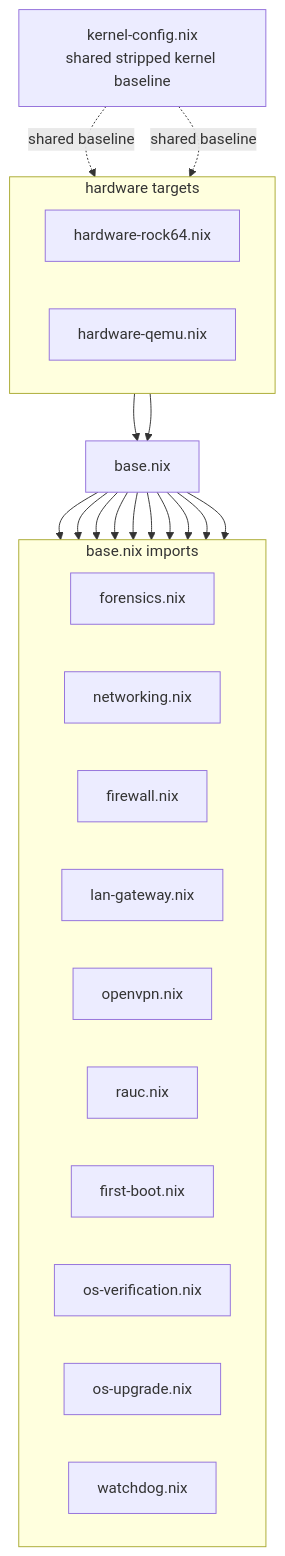
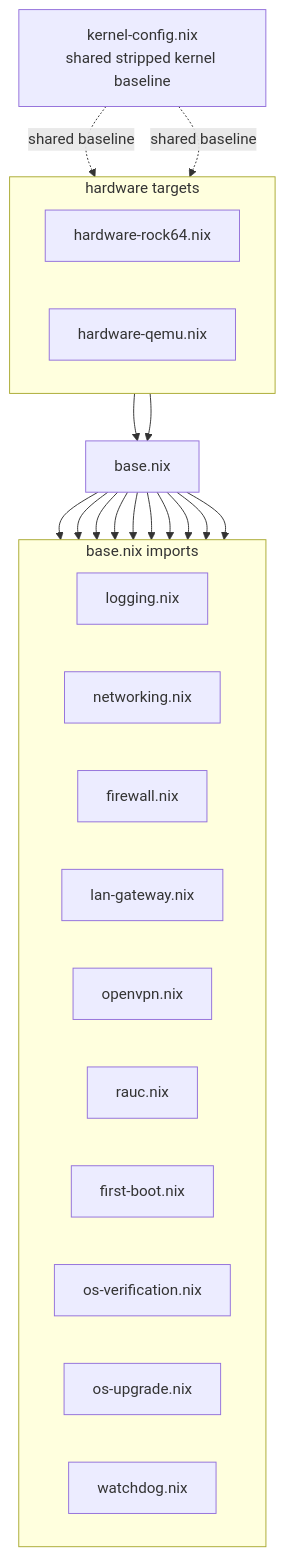
Before and after one commit to RobertDeRose/atomixos: the diagram in docs/src/code-reference/modules.md, drawn with Mermaid. The commit also changed other lines of this file and 8 other files, not shown here.

````diff
--- a/docs/src/code-reference/modules.md
+++ b/docs/src/code-reference/modules.md
@@ -8,41 +8,41 @@
 ```mermaid
 flowchart TD
     KERNEL["kernel-config.nix<br/>shared stripped kernel baseline"]
 
     subgraph HARDWARE["hardware targets"]
         direction LR
         ROCK64["hardware-rock64.nix"]
         QEMU["hardware-qemu.nix"]
     end
 
     ROCK64 --> BASE["base.nix"]
     QEMU --> BASE
 
     subgraph IMPORTS["base.nix imports"]
         direction LR
-        FORENSICS["forensics.nix"]
+        LOGGING["logging.nix"]
         NETWORKING["networking.nix"]
         FIREWALL["firewall.nix"]
         LAN["lan-gateway.nix"]
         OPENVPN["openvpn.nix"]
         RAUC["rauc.nix"]
         FIRSTBOOT["first-boot.nix"]
         VERIFY["os-verification.nix"]
         UPGRADE["os-upgrade.nix"]
         WATCHDOG["watchdog.nix"]
     end
 
     BASE --> NETWORKING
-    BASE --> FORENSICS
+    BASE --> LOGGING
     BASE --> FIREWALL
     BASE --> LAN
     BASE --> OPENVPN
     BASE --> RAUC
     BASE --> FIRSTBOOT
     BASE --> VERIFY
     BASE --> UPGRADE
     BASE --> WATCHDOG
 
     KERNEL -. shared baseline .-> ROCK64
     KERNEL -. shared baseline .-> QEMU
 ```
````
